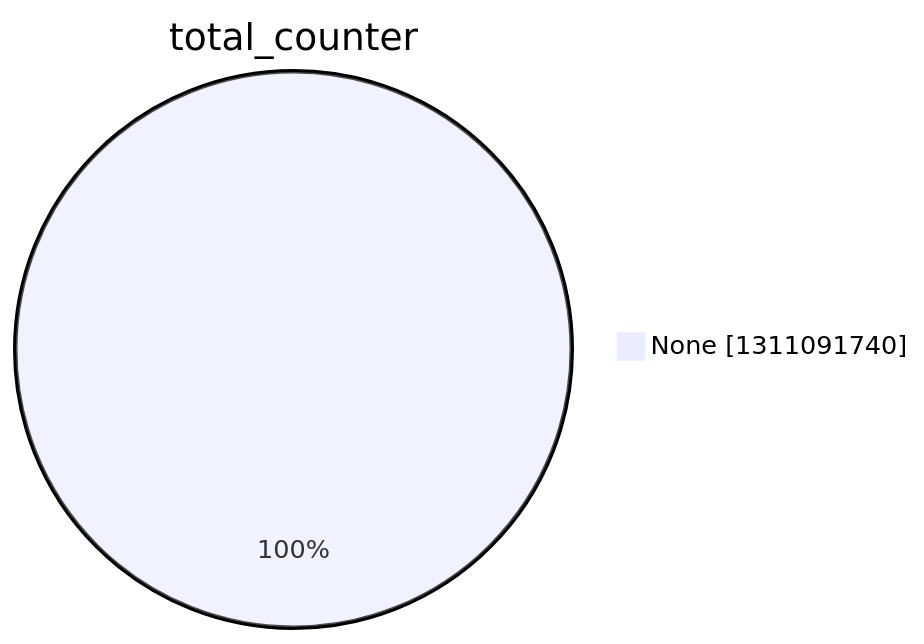
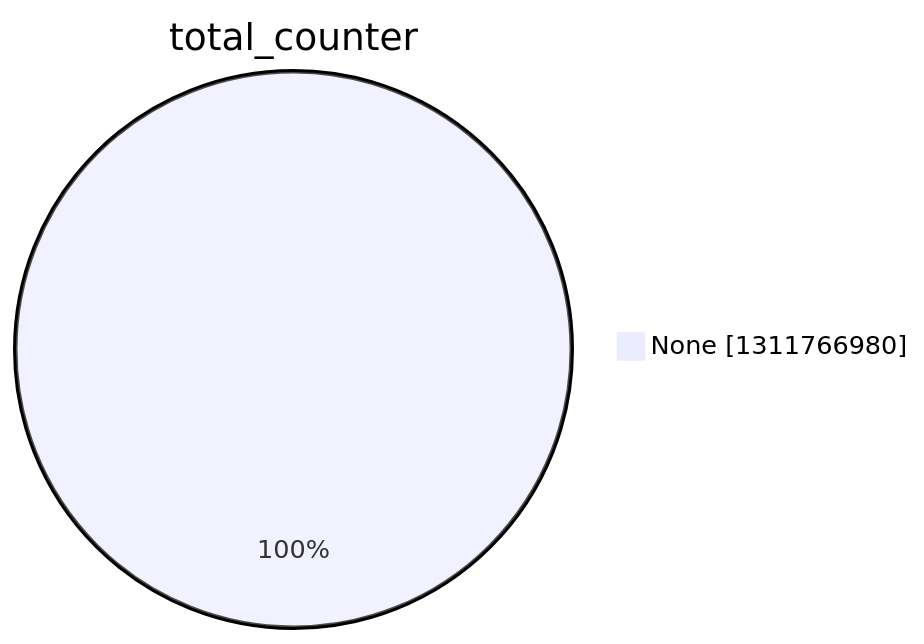
One commit to christiankrug/ctmonitor_visualization changed the second of 15 diagrams in argon2022/README.md. Above: the diagram before and after it, drawn with Mermaid. The commit also changed other lines of this file, not shown here.

````diff
--- a/argon2022/README.md
+++ b/argon2022/README.md
@@ -9,5 +9,5 @@
 ```mermaid
 pie showData
 title total_counter
-"None" :1311091740
+"None" :1311766980
 ```
````
